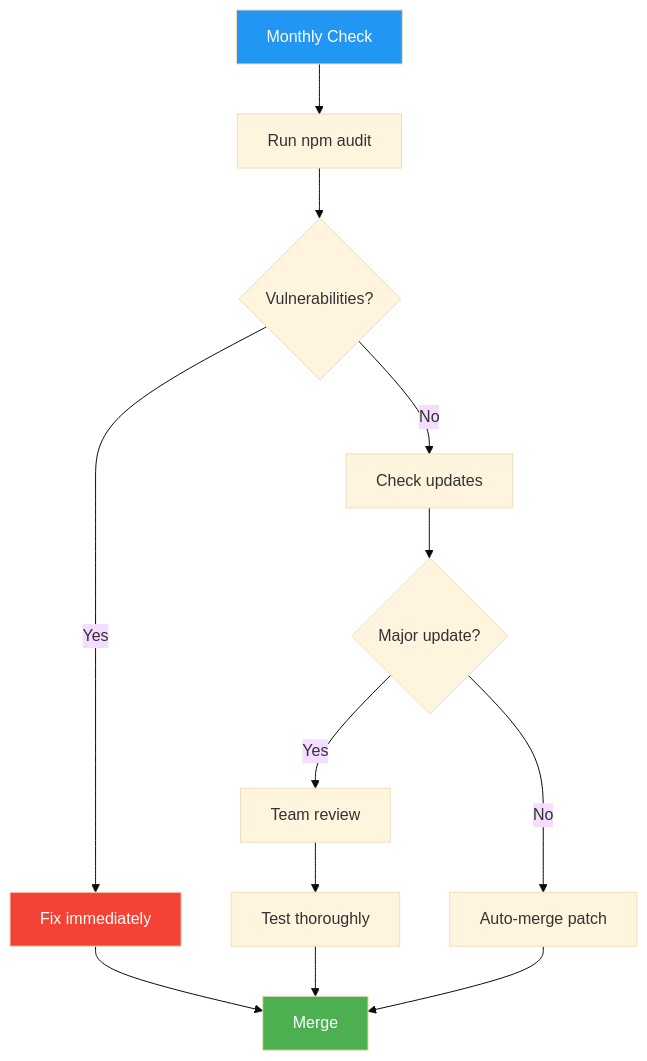
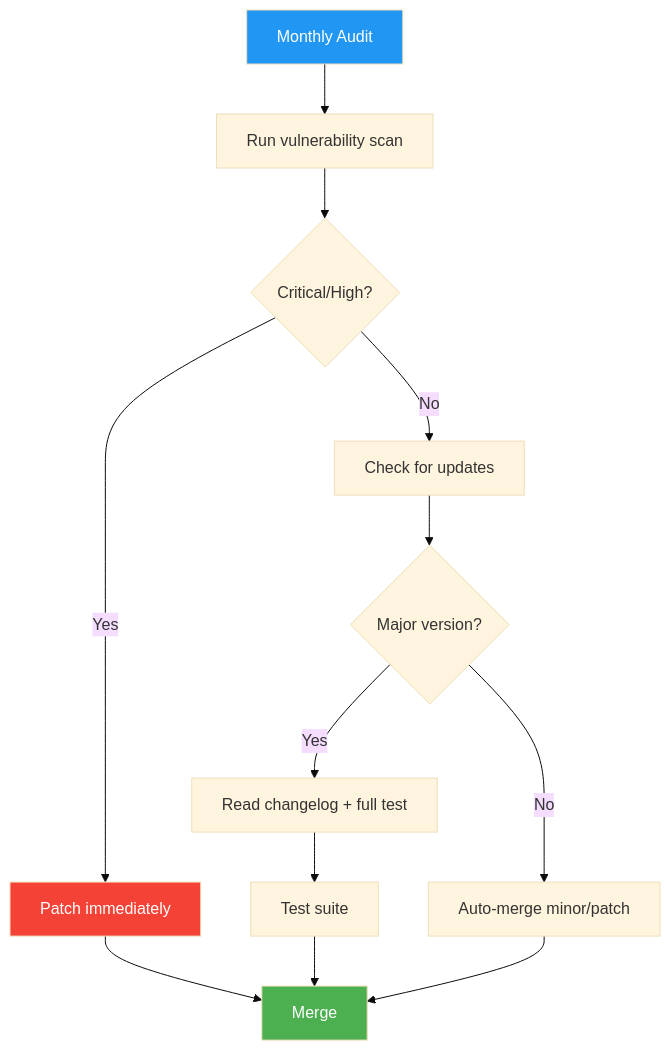
One commit to oat431/swe-knowledge changed the diagram in document-template/12_Construction/Dependency-Manifest.md. Above: the diagram before and after it, drawn with Mermaid (base theme). The commit also changed other lines of this file and 5 other files, not shown here.

````diff
--- a/document-template/12_Construction/Dependency-Manifest.md
+++ b/document-template/12_Construction/Dependency-Manifest.md
@@ -74,18 +157,18 @@
 ```mermaid
 flowchart TD
-    CHECK[Monthly Check] --> AUDIT[Run npm audit]
-    AUDIT --> VULN{Vulnerabilities?}
-    VULN -->|Yes| FIX[Fix immediately]
-    VULN -->|No| UPDATE[Check updates]
-    UPDATE --> MAJOR{Major update?}
-    MAJOR -->|Yes| REVIEW[Team review]
-    MAJOR -->|No| AUTO[Auto-merge patch]
-    REVIEW --> TEST[Test thoroughly]
+    CHECK[Monthly Audit] --> SCAN[Run vulnerability scan]
+    SCAN --> VULN{Critical/High?}
+    VULN -->|Yes| FIX[Patch immediately]
+    VULN -->|No| UPDATE[Check for updates]
+    UPDATE --> MAJOR{Major version?}
+    MAJOR -->|Yes| REVIEW[Read changelog + full test]
+    MAJOR -->|No| AUTO[Auto-merge minor/patch]
+    REVIEW --> TEST[Test suite]
     TEST --> MERGE[Merge]
     FIX --> MERGE
     AUTO --> MERGE
 
     style CHECK fill:#2196F3,color:#fff
     style FIX fill:#f44336,color:#fff
     style MERGE fill:#4CAF50,color:#fff
 ```
````
